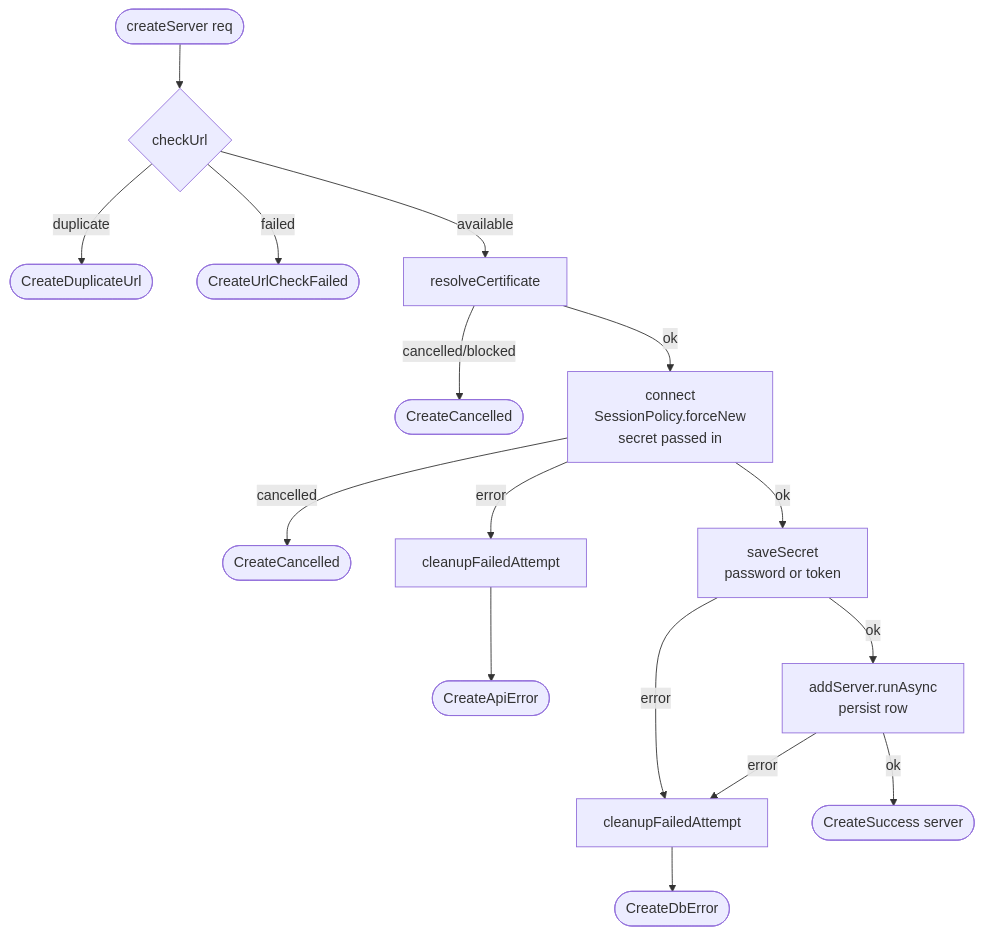
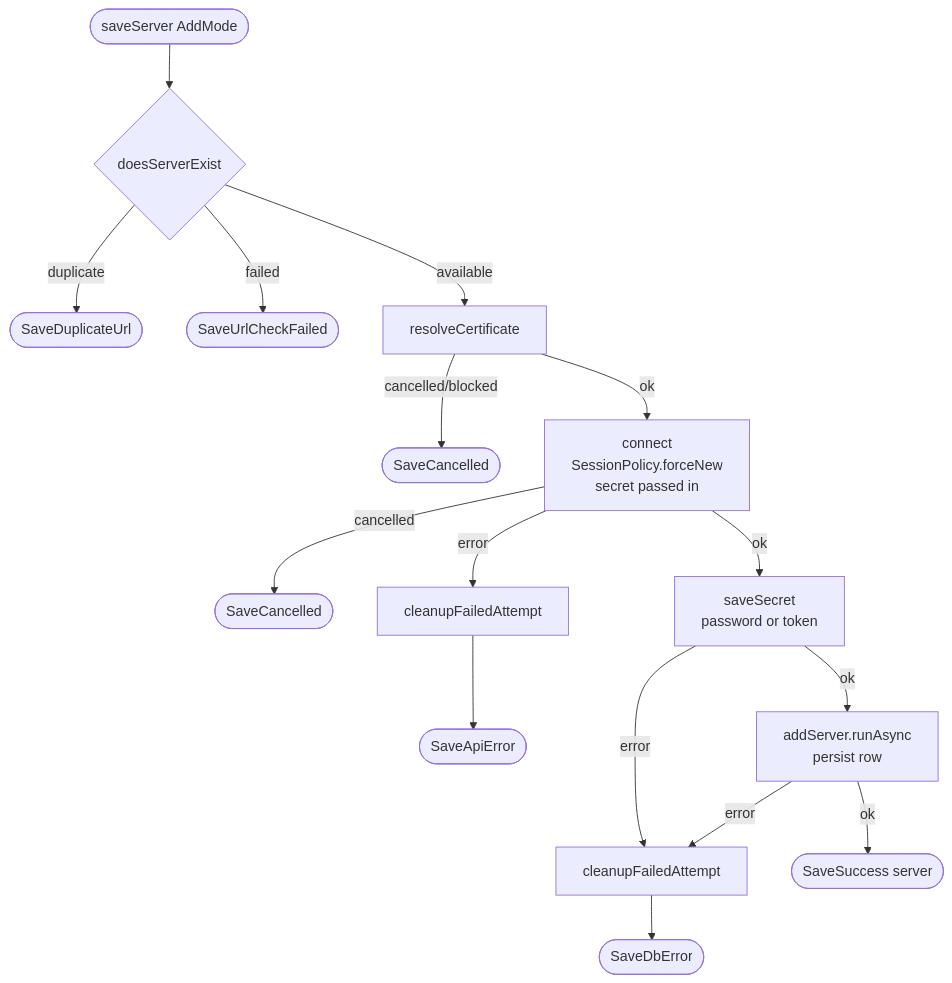
One commit to tsutsu3/pi-hole-client changed the second of 8 diagrams in docs/server-connection-flow.md. Above: the diagram before and after it, drawn with Mermaid. The commit also changed other lines of this file and 11 other files, not shown here.

````diff
--- a/docs/server-connection-flow.md
+++ b/docs/server-connection-flow.md
@@ -71,16 +72,16 @@
 ```mermaid
 flowchart TD
-  A([createServer req]) --> B{checkUrl}
-  B -- duplicate --> BD([CreateDuplicateUrl])
-  B -- failed --> BF([CreateUrlCheckFailed])
+  A([saveServer AddMode]) --> B{doesServerExist}
+  B -- duplicate --> BD([SaveDuplicateUrl])
+  B -- failed --> BF([SaveUrlCheckFailed])
   B -- available --> D[resolveCertificate]
-  D -- cancelled/blocked --> DX([CreateCancelled])
+  D -- cancelled/blocked --> DX([SaveCancelled])
   D -- ok --> C[connect<br/>SessionPolicy.forceNew<br/>secret passed in]
-  C -- cancelled --> CX([CreateCancelled])
-  C -- error --> CE[cleanupFailedAttempt] --> CA([CreateApiError])
+  C -- cancelled --> CX([SaveCancelled])
+  C -- error --> CE[cleanupFailedAttempt] --> CA([SaveApiError])
   C -- ok --> S[saveSecret<br/>password or token]
-  S -- error --> F[cleanupFailedAttempt] --> DB([CreateDbError])
+  S -- error --> F[cleanupFailedAttempt] --> DB([SaveDbError])
   S -- ok --> M[addServer.runAsync<br/>persist row]
   M -- error --> F
-  M -- ok --> J([CreateSuccess server])
+  M -- ok --> J([SaveSuccess server])
 ```
````
